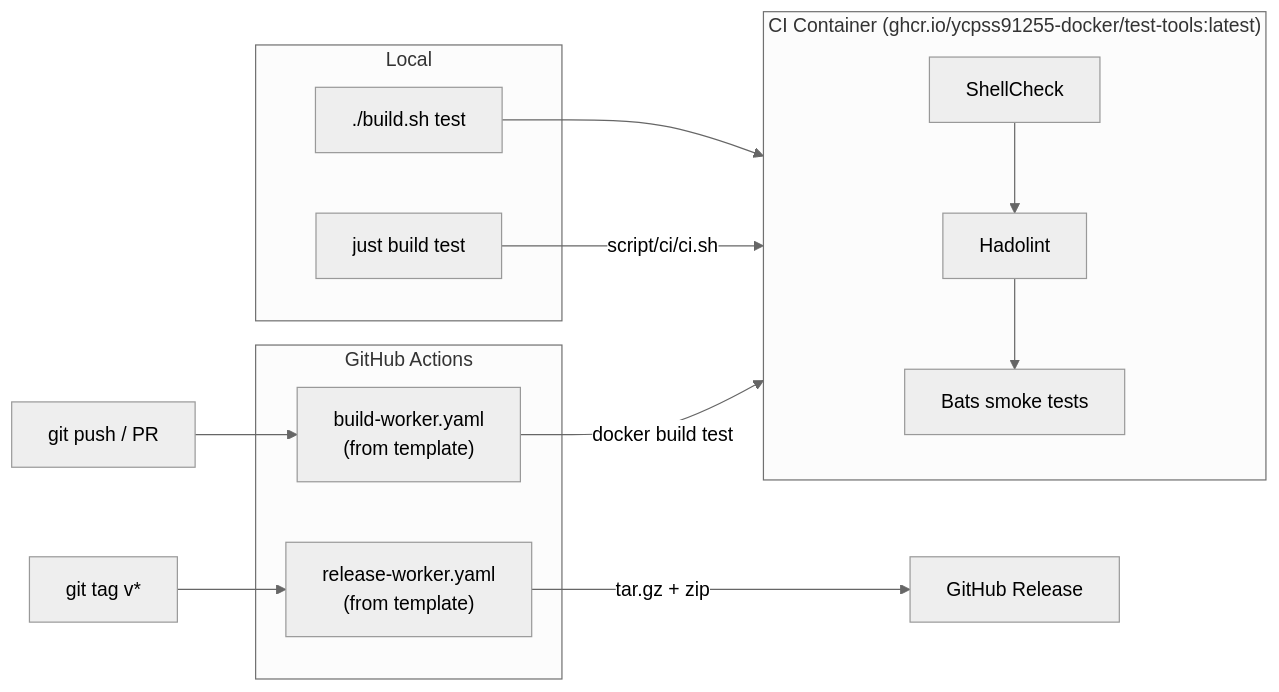
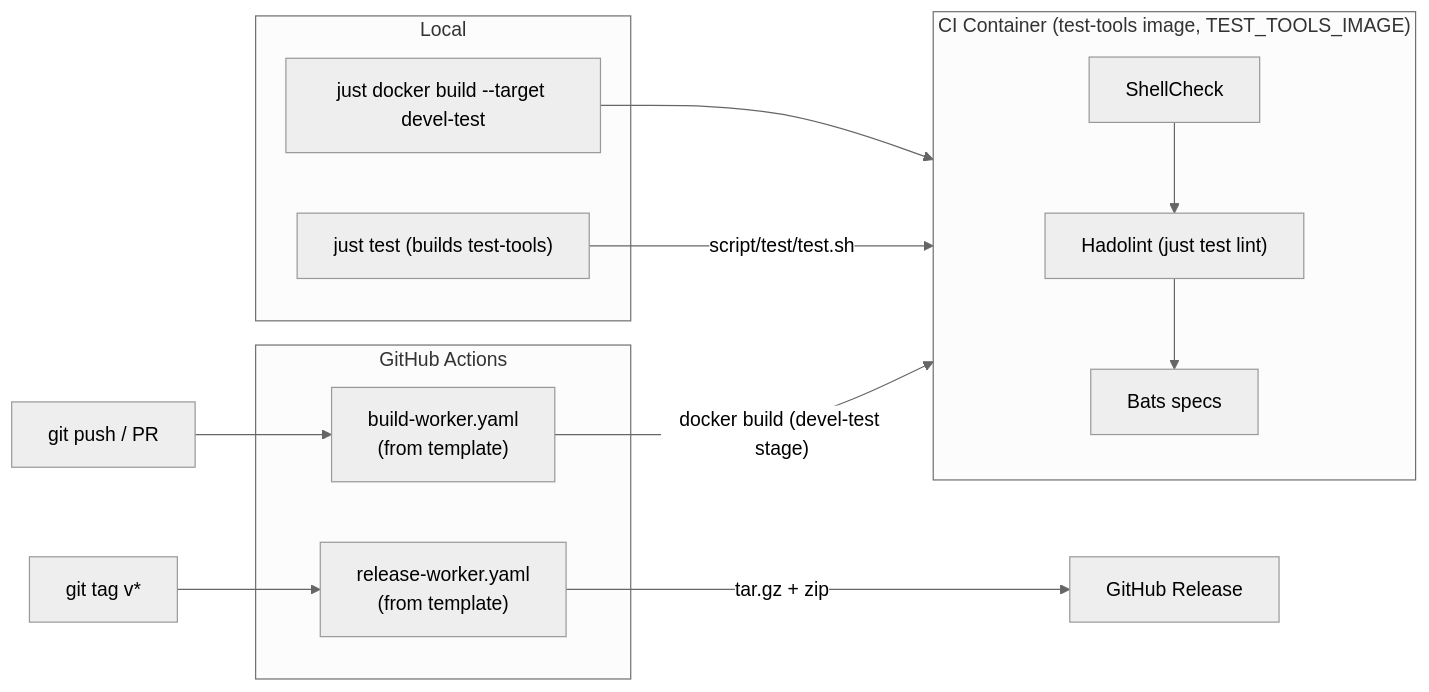
One commit to ycpss91255-lab/jetson_sdk_manager changed the second of 2 diagrams in README.md. Above: the diagram before and after it, drawn with Mermaid (neutral theme). The commit also changed other lines of this file and 1202 other files, not shown here.

````diff
--- a/README.md
+++ b/README.md
@@ -81,27 +120,27 @@
 ```mermaid
 flowchart LR
     subgraph local["Local"]
-        build_test["./build.sh test"]
-        make_test["just build test"]
+        just_test["just test (builds test-tools)"]
+        just_build["just docker build --target devel-test"]
     end
 
-    subgraph ci_container["CI Container (ghcr.io/ycpss91255-docker/test-tools:latest)"]
+    subgraph ci_container["CI Container (test-tools image, TEST_TOOLS_IMAGE)"]
         shellcheck["ShellCheck"]
-        hadolint["Hadolint"]
-        bats["Bats smoke tests"]
+        hadolint["Hadolint (just test lint)"]
+        bats["Bats specs"]
     end
 
     subgraph github["GitHub Actions"]
         build_worker["build-worker.yaml<br/>(from template)"]
         release_worker["release-worker.yaml<br/>(from template)"]
     end
 
-    build_test --> ci_container
-    make_test -->|"script/ci/ci.sh"| ci_container
+    just_build --> ci_container
+    just_test -->|"script/test/test.sh"| ci_container
     shellcheck --> hadolint --> bats
 
     push["git push / PR"] --> build_worker
-    build_worker -->|"docker build test"| ci_container
+    build_worker -->|"docker build (devel-test stage)"| ci_container
     tag["git tag v*"] --> release_worker
     release_worker -->|"tar.gz + zip"| release["GitHub Release"]
 ```
````
